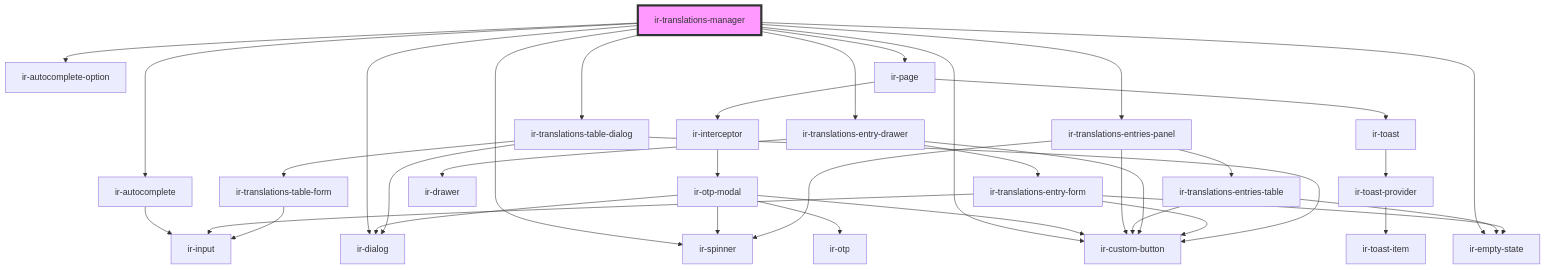
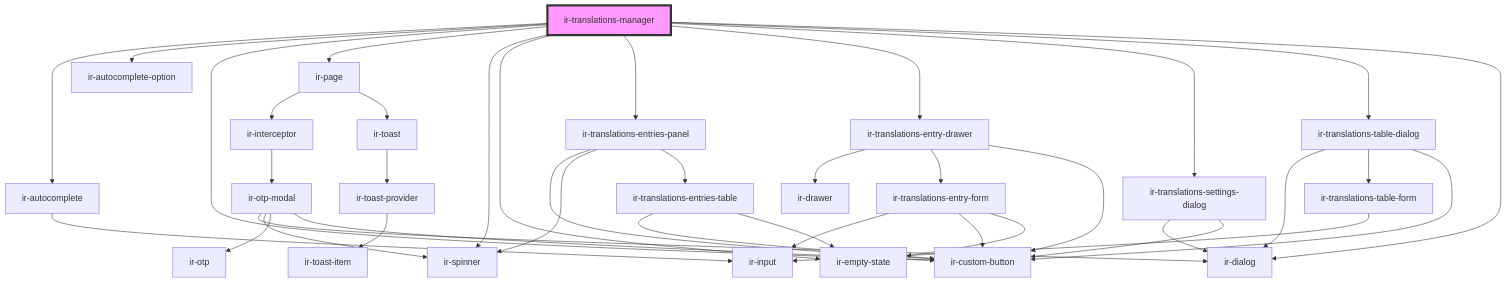
One commit to RonyRizk/ir-webcmp changed the diagram in src/components/ir-translations-manager/readme.md. Above: the diagram before and after it, drawn with Mermaid. The commit also changed other lines of this file and 22 other files, not shown here.

````diff
--- a/src/components/ir-translations-manager/readme.md
+++ b/src/components/ir-translations-manager/readme.md
@@ -33,39 +34,42 @@
 ```mermaid
 graph TD;
   ir-translations-manager --> ir-autocomplete
   ir-translations-manager --> ir-autocomplete-option
+  ir-translations-manager --> ir-custom-button
   ir-translations-manager --> ir-page
   ir-translations-manager --> ir-spinner
   ir-translations-manager --> ir-empty-state
-  ir-translations-manager --> ir-custom-button
   ir-translations-manager --> ir-translations-entries-panel
   ir-translations-manager --> ir-translations-entry-drawer
+  ir-translations-manager --> ir-translations-settings-dialog
   ir-translations-manager --> ir-translations-table-dialog
   ir-translations-manager --> ir-dialog
   ir-autocomplete --> ir-input
   ir-page --> ir-interceptor
   ir-page --> ir-toast
   ir-interceptor --> ir-otp-modal
   ir-otp-modal --> ir-dialog
   ir-otp-modal --> ir-spinner
   ir-otp-modal --> ir-otp
   ir-otp-modal --> ir-custom-button
   ir-toast --> ir-toast-provider
   ir-toast-provider --> ir-toast-item
   ir-translations-entries-panel --> ir-custom-button
   ir-translations-entries-panel --> ir-spinner
   ir-translations-entries-panel --> ir-translations-entries-table
   ir-translations-entries-table --> ir-custom-button
   ir-translations-entries-table --> ir-empty-state
   ir-translations-entry-drawer --> ir-drawer
   ir-translations-entry-drawer --> ir-translations-entry-form
   ir-translations-entry-drawer --> ir-custom-button
   ir-translations-entry-form --> ir-input
   ir-translations-entry-form --> ir-custom-button
   ir-translations-entry-form --> ir-empty-state
+  ir-translations-settings-dialog --> ir-dialog
+  ir-translations-settings-dialog --> ir-custom-button
   ir-translations-table-dialog --> ir-dialog
   ir-translations-table-dialog --> ir-translations-table-form
   ir-translations-table-dialog --> ir-custom-button
   ir-translations-table-form --> ir-input
   style ir-translations-manager fill:#f9f,stroke:#333,stroke-width:4px
 ```
````
